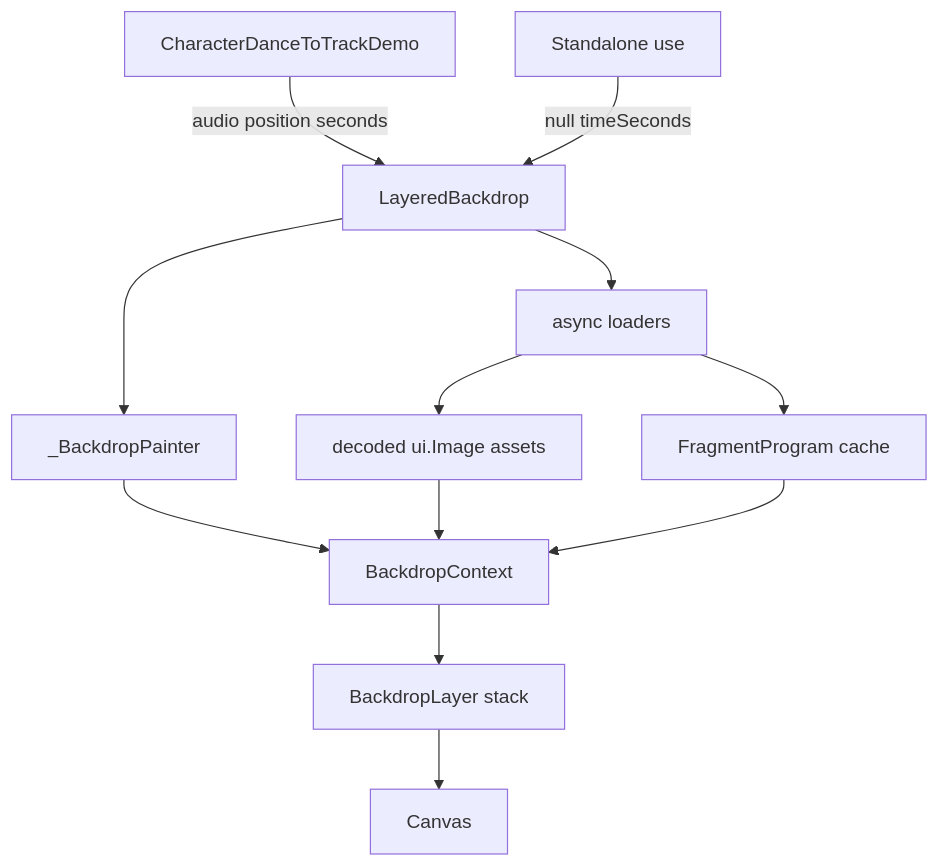
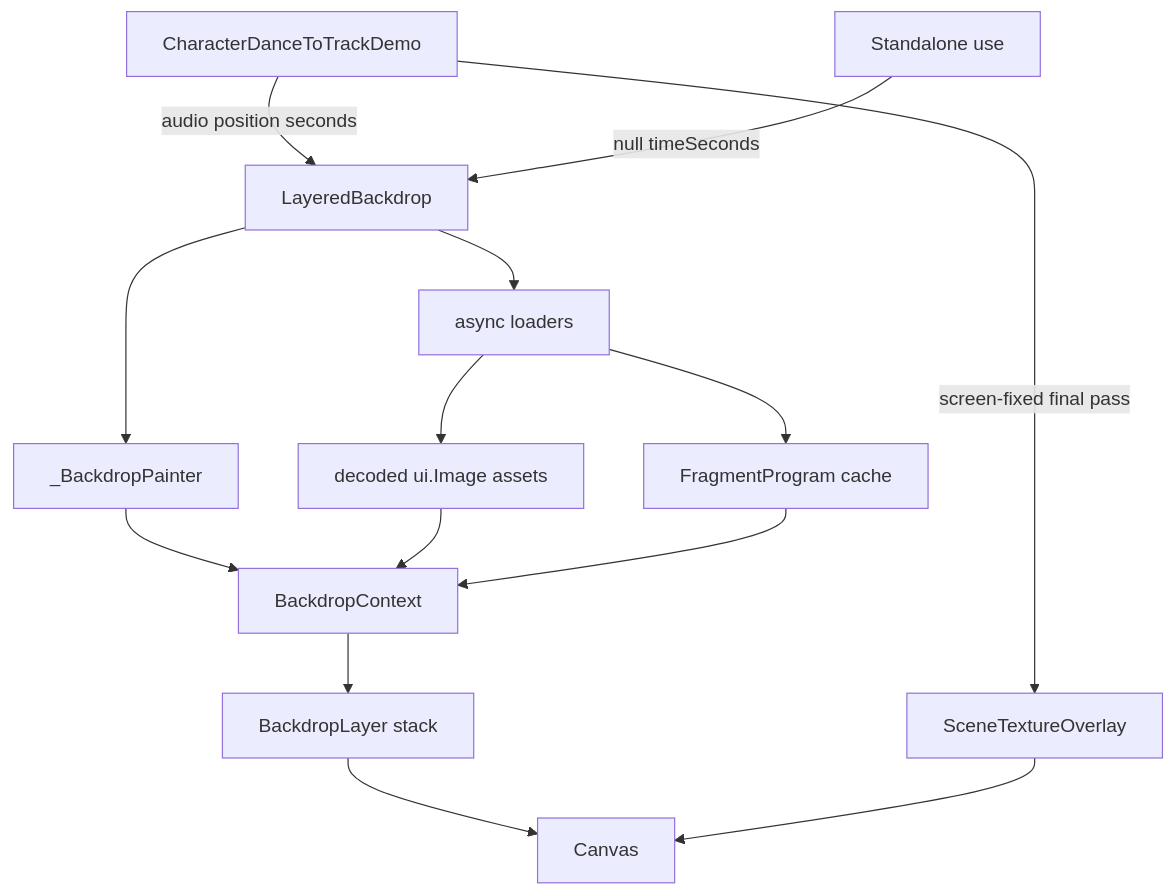
The first of 4 diagrams in lib/features/scenery/README.md (matthiasn/lotti), drawn with Mermaid before and after one commit. The commit also changed other lines of this file and 3 other files, not shown here.

Commit message:
polish(scenery): add screen texture overlay

````diff
--- a/lib/features/scenery/README.md
+++ b/lib/features/scenery/README.md
@@ -14,14 +14,16 @@
 ```mermaid
 flowchart TD
   demo[CharacterDanceToTrackDemo] -->|audio position seconds| lb[LayeredBackdrop]
+  demo -->|screen-fixed final pass| texture[SceneTextureOverlay]
   self[Standalone use] -->|null timeSeconds| lb
   lb --> loader[async loaders]
   loader --> imgs[decoded ui.Image assets]
   loader --> shaders[FragmentProgram cache]
   lb --> painter[_BackdropPainter]
   painter --> ctx[BackdropContext]
   ctx --> layers[BackdropLayer stack]
   imgs --> ctx
   shaders --> ctx
   layers --> canvas[Canvas]
+  texture --> canvas
 ```
````
